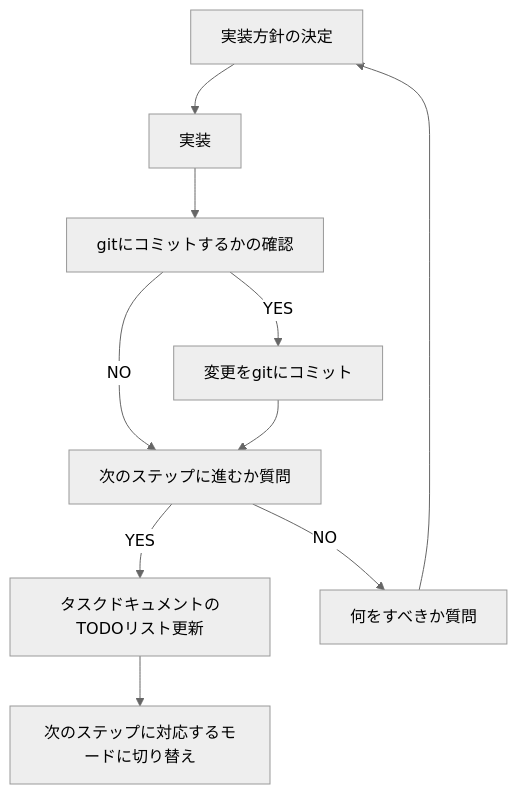
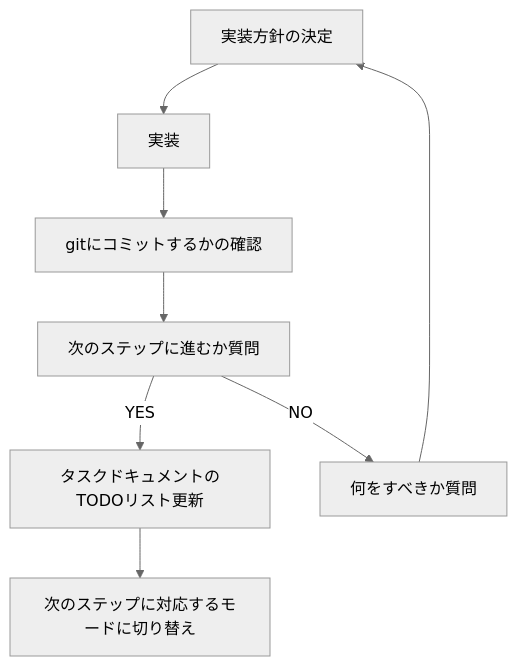
One commit to asamuzak09/roo-code-rules changed the diagram in .roo/rules-implementation/01-workflow.md. Above: the diagram before and after it, drawn with Mermaid (neutral theme).

Commit message:
remove git commit from impl mode flow

````diff
--- a/.roo/rules-implementation/01-workflow.md
+++ b/.roo/rules-implementation/01-workflow.md
@@ -10,12 +10,10 @@
 ```mermaid
 flowchart TD
     A[実装方針の決定] --> B[実装]
     B --> C[gitにコミットするかの確認]
-    C --> |YES| D[変更をgitにコミット]
-    C --> |NO| E[次のステップに進むか質問]
-    D --> E
-    E --> |YES| F[タスクドキュメントのTODOリスト更新]
-    E --> |NO| H[何をすべきか質問]
-    F --> G[次のステップに対応するモードに切り替え]
-    H --> A
+    C --> D[次のステップに進むか質問]
+    D --> |YES| E[タスクドキュメントのTODOリスト更新]
+    D --> |NO| F[何をすべきか質問]
+    E --> G[次のステップに対応するモードに切り替え]
+    F --> A
 ```
````
